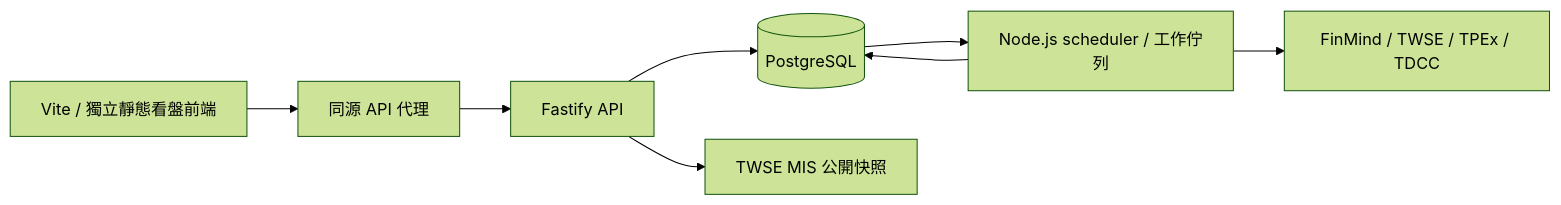
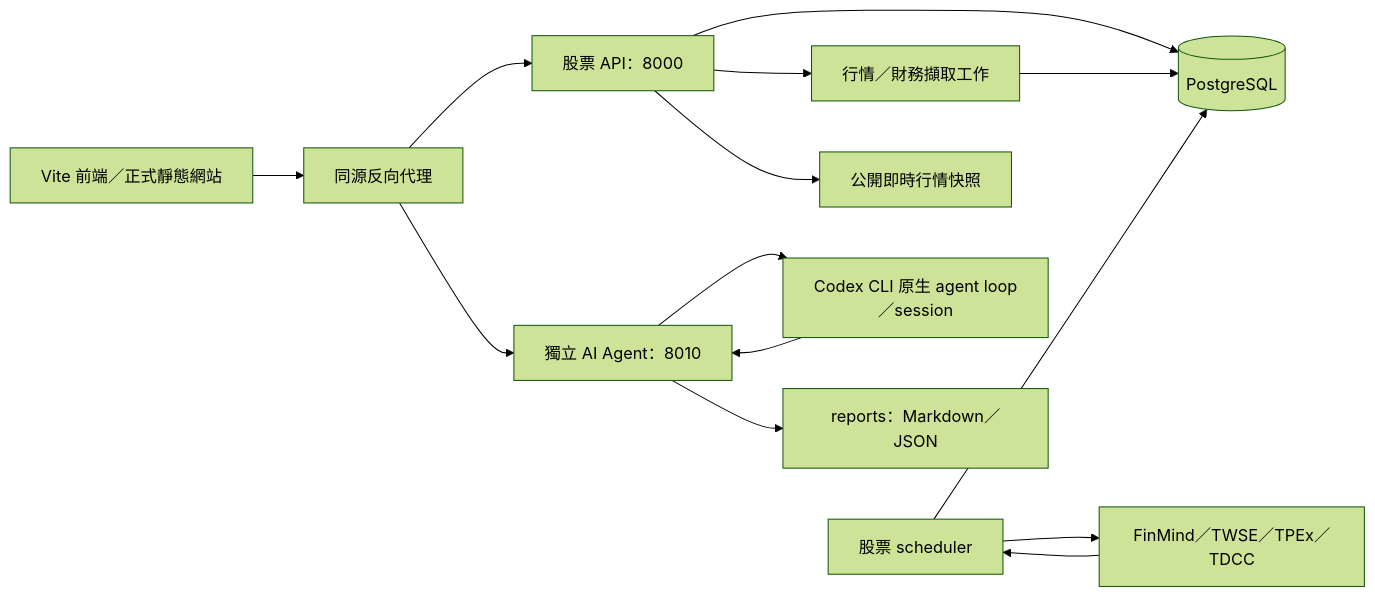
One commit to LueZero/TWStock-Coach changed the diagram in docs/DESIGN.md. Above: the diagram before and after it, drawn with Mermaid (forest theme). The commit also changed other lines of this file and 48 other files, not shown here.

````diff
--- a/docs/DESIGN.md
+++ b/docs/DESIGN.md
@@ -5,10 +5,16 @@
 ```mermaid
 flowchart LR
-  UI[Vite / 獨立靜態看盤前端] --> Proxy[同源 API 代理]
-  Proxy --> API[Fastify API]
+  Web[Vite 前端／正式靜態網站] --> Proxy[同源反向代理]
+  Proxy --> API[股票 API：8000]
+  Proxy --> Agent[獨立 AI Agent：8010]
   API --> DB[(PostgreSQL)]
-  DB --> Worker[Node.js scheduler / 工作佇列]
-  Worker --> Source[FinMind / TWSE / TPEx / TDCC]
-  Worker --> DB
-  API --> MIS[TWSE MIS 公開快照]
+  API --> Queue[行情／財務擷取工作]
+  Queue --> DB
+  Scheduler[股票 scheduler] --> DB
+  Scheduler --> Source[FinMind／TWSE／TPEx／TDCC]
+  Source --> Scheduler
+  API --> MIS[公開即時行情快照]
+  Agent --> CLI[Codex CLI 原生 agent loop／session]
+  CLI --> Agent
+  Agent --> Files[reports：Markdown／JSON]
 ```
````
